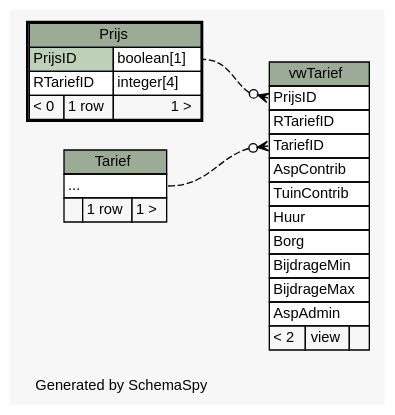
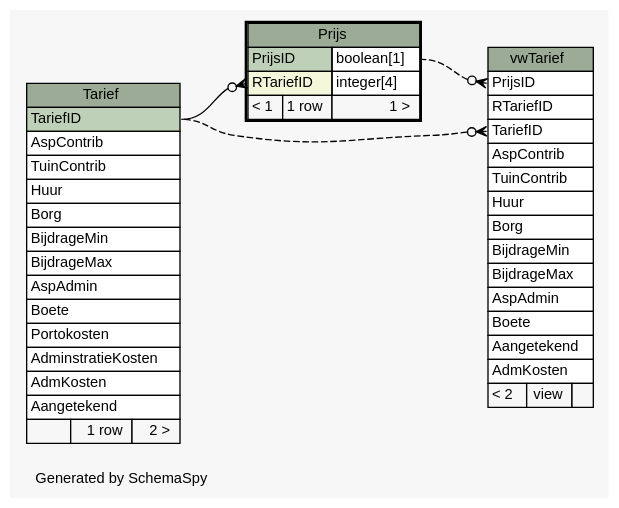
The diagram in db-schema-docs/diagrams/Prijs.implied2degrees.dot (slspeek/ona-volkstuin), drawn with Graphviz before and after one commit. The commit also changed 239 other files, not shown here.

Commit message:
Schema geupdate

```diff
--- a/db-schema-docs/diagrams/Prijs.implied2degrees.dot
+++ b/db-schema-docs/diagrams/Prijs.implied2degrees.dot
@@ -1,64 +1,80 @@
 // dot 2.40.1 on Linux 4.19.0-6-amd64
 // SchemaSpy rev 590
 digraph "impliedTwoDegreesRelationshipsDiagram" {
   graph [
     rankdir="RL"
     bgcolor="#f7f7f7"
     label="\nGenerated by SchemaSpy"
     labeljust="l"
     nodesep="0.18"
     ranksep="0.46"
     fontname="Helvetica"
     fontsize="11"
   ];
   node [
     fontname="Helvetica"
     fontsize="11"
     shape="plaintext"
   ];
   edge [
     arrowsize="0.8"
   ];
+  "Prijs":"RTariefID":w -> "Tarief":"TariefID":e [arrowhead=none dir=back arrowtail=crowodot];
   "vwTarief":"PrijsID":w -> "Prijs":"PrijsID.type":e [arrowhead=none dir=back arrowtail=crowodot style=dashed];
-  "vwTarief":"TariefID":w -> "Tarief":"elipses":e [arrowhead=none dir=back arrowtail=crowodot style=dashed];
+  "vwTarief":"TariefID":w -> "Tarief":"TariefID":e [arrowhead=none dir=back arrowtail=crowodot style=dashed];
   "Prijs" [
     label=<
     <TABLE BORDER="2" CELLBORDER="1" CELLSPACING="0" BGCOLOR="#ffffff">
       <TR><TD COLSPAN="3" BGCOLOR="#9bab96" ALIGN="CENTER">Prijs</TD></TR>
       <TR><TD PORT="PrijsID" COLSPAN="2" BGCOLOR="#bed1b8" ALIGN="LEFT">PrijsID</TD><TD PORT="PrijsID.type" ALIGN="LEFT">boolean[1]</TD></TR>
-      <TR><TD PORT="RTariefID" COLSPAN="2" ALIGN="LEFT">RTariefID</TD><TD PORT="RTariefID.type" ALIGN="LEFT">integer[4]</TD></TR>
-      <TR><TD ALIGN="LEFT" BGCOLOR="#f7f7f7">&lt; 0</TD><TD ALIGN="RIGHT" BGCOLOR="#f7f7f7">1 row</TD><TD ALIGN="RIGHT" BGCOLOR="#f7f7f7">1 &gt;</TD></TR>
+      <TR><TD PORT="RTariefID" COLSPAN="2" BGCOLOR="#f4f7da" ALIGN="LEFT">RTariefID</TD><TD PORT="RTariefID.type" ALIGN="LEFT">integer[4]</TD></TR>
+      <TR><TD ALIGN="LEFT" BGCOLOR="#f7f7f7">&lt; 1</TD><TD ALIGN="RIGHT" BGCOLOR="#f7f7f7">1 row</TD><TD ALIGN="RIGHT" BGCOLOR="#f7f7f7">1 &gt;</TD></TR>
     </TABLE>>
     URL="Prijs.html"
     tooltip="Prijs"
   ];
   "Tarief" [
     label=<
     <TABLE BORDER="0" CELLBORDER="1" CELLSPACING="0" BGCOLOR="#ffffff">
       <TR><TD COLSPAN="3" BGCOLOR="#9bab96" ALIGN="CENTER">Tarief</TD></TR>
-      <TR><TD PORT="elipses" COLSPAN="3" ALIGN="LEFT">...</TD></TR>
-      <TR><TD ALIGN="LEFT" BGCOLOR="#f7f7f7">  </TD><TD ALIGN="RIGHT" BGCOLOR="#f7f7f7">1 row</TD><TD ALIGN="RIGHT" BGCOLOR="#f7f7f7">1 &gt;</TD></TR>
+      <TR><TD PORT="TariefID" COLSPAN="3" BGCOLOR="#bed1b8" ALIGN="LEFT">TariefID</TD></TR>
+      <TR><TD PORT="AspContrib" COLSPAN="3" ALIGN="LEFT">AspContrib</TD></TR>
+      <TR><TD PORT="TuinContrib" COLSPAN="3" ALIGN="LEFT">TuinContrib</TD></TR>
+      <TR><TD PORT="Huur" COLSPAN="3" ALIGN="LEFT">Huur</TD></TR>
+      <TR><TD PORT="Borg" COLSPAN="3" ALIGN="LEFT">Borg</TD></TR>
+      <TR><TD PORT="BijdrageMin" COLSPAN="3" ALIGN="LEFT">BijdrageMin</TD></TR>
+      <TR><TD PORT="BijdrageMax" COLSPAN="3" ALIGN="LEFT">BijdrageMax</TD></TR>
+      <TR><TD PORT="AspAdmin" COLSPAN="3" ALIGN="LEFT">AspAdmin</TD></TR>
+      <TR><TD PORT="Boete" COLSPAN="3" ALIGN="LEFT">Boete</TD></TR>
+      <TR><TD PORT="Portokosten" COLSPAN="3" ALIGN="LEFT">Portokosten</TD></TR>
+      <TR><TD PORT="AdminstratieKosten" COLSPAN="3" ALIGN="LEFT">AdminstratieKosten</TD></TR>
+      <TR><TD PORT="AdmKosten" COLSPAN="3" ALIGN="LEFT">AdmKosten</TD></TR>
+      <TR><TD PORT="Aangetekend" COLSPAN="3" ALIGN="LEFT">Aangetekend</TD></TR>
+      <TR><TD ALIGN="LEFT" BGCOLOR="#f7f7f7">  </TD><TD ALIGN="RIGHT" BGCOLOR="#f7f7f7">1 row</TD><TD ALIGN="RIGHT" BGCOLOR="#f7f7f7">2 &gt;</TD></TR>
     </TABLE>>
     URL="Tarief.html"
     tooltip="Tarief"
   ];
   "vwTarief" [
     label=<
     <TABLE BORDER="0" CELLBORDER="1" CELLSPACING="0" BGCOLOR="#ffffff">
       <TR><TD COLSPAN="3" BGCOLOR="#9bab96" ALIGN="CENTER">vwTarief</TD></TR>
       <TR><TD PORT="PrijsID" COLSPAN="3" ALIGN="LEFT">PrijsID</TD></TR>
       <TR><TD PORT="RTariefID" COLSPAN="3" ALIGN="LEFT">RTariefID</TD></TR>
       <TR><TD PORT="TariefID" COLSPAN="3" ALIGN="LEFT">TariefID</TD></TR>
       <TR><TD PORT="AspContrib" COLSPAN="3" ALIGN="LEFT">AspContrib</TD></TR>
       <TR><TD PORT="TuinContrib" COLSPAN="3" ALIGN="LEFT">TuinContrib</TD></TR>
       <TR><TD PORT="Huur" COLSPAN="3" ALIGN="LEFT">Huur</TD></TR>
       <TR><TD PORT="Borg" COLSPAN="3" ALIGN="LEFT">Borg</TD></TR>
       <TR><TD PORT="BijdrageMin" COLSPAN="3" ALIGN="LEFT">BijdrageMin</TD></TR>
       <TR><TD PORT="BijdrageMax" COLSPAN="3" ALIGN="LEFT">BijdrageMax</TD></TR>
       <TR><TD PORT="AspAdmin" COLSPAN="3" ALIGN="LEFT">AspAdmin</TD></TR>
+      <TR><TD PORT="Boete" COLSPAN="3" ALIGN="LEFT">Boete</TD></TR>
+      <TR><TD PORT="Aangetekend" COLSPAN="3" ALIGN="LEFT">Aangetekend</TD></TR>
+      <TR><TD PORT="AdmKosten" COLSPAN="3" ALIGN="LEFT">AdmKosten</TD></TR>
       <TR><TD ALIGN="LEFT" BGCOLOR="#f7f7f7">&lt; 2</TD><TD ALIGN="RIGHT" BGCOLOR="#f7f7f7">view</TD><TD ALIGN="RIGHT" BGCOLOR="#f7f7f7">  </TD></TR>
     </TABLE>>
     URL="vwTarief.html"
     tooltip="vwTarief"
   ];
 }
```
